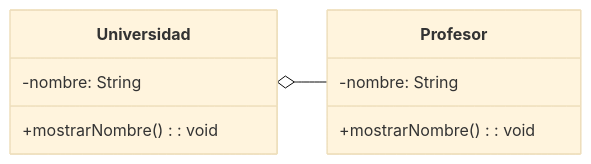
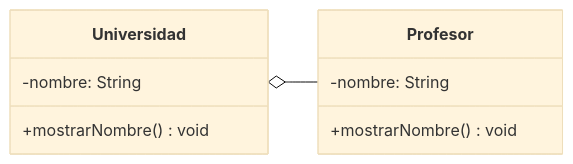
One commit to danielmartinan/entornos_desarrollo_2024-25 changed diagram 14 of 28 in UD4 - Introducción a POO, diagramas UML y diagramas de clases/ud04_2_notacion_uml_diagramas_clases.md. Above: the diagram before and after it, drawn with Mermaid (base theme). The commit also changed other lines of this file and 2 other files, not shown here.

Commit message:
Movido pasos para crear un diagrama de clases a partir de la definición del problema de ud04_3 a ud04_2

````diff
--- a/UD4 - Introducción a POO, diagramas UML y diagramas de clases/ud04_2_notacion_uml_diagramas_clases.md
+++ b/UD4 - Introducción a POO, diagramas UML y diagramas de clases/ud04_2_notacion_uml_diagramas_clases.md
@@ -445,15 +459,15 @@
 ```mermaid
 classDiagram
     direction LR
     class Universidad {
         -nombre: String
-        +mostrarNombre(): void
+        +mostrarNombre() void
     }
 
     class Profesor {
         -nombre: String
-        +mostrarNombre(): void
+        +mostrarNombre() void
     }
 
     Universidad o-- Profesor
 ```
````
